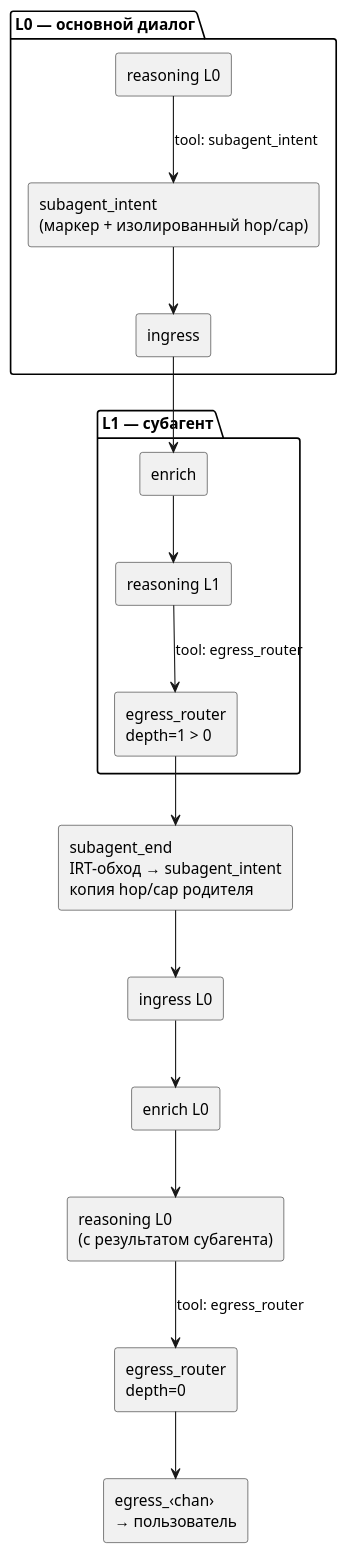
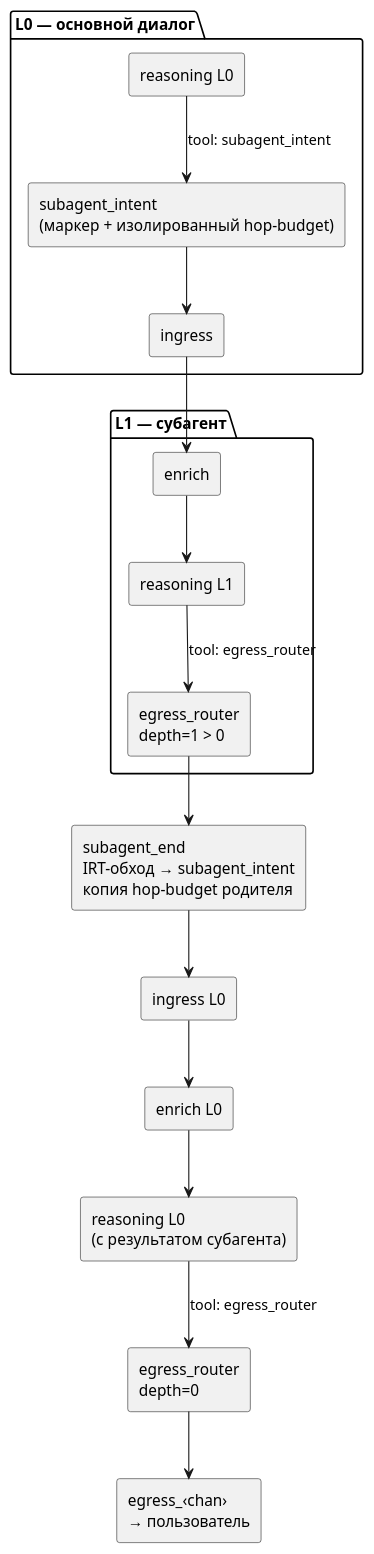
The sixth of 10 diagrams in docs/ARTICLE.md (0IA/threlium), drawn with PlantUML before and after one commit. The commit also changed other lines of this file and 9 other files, not shown here.

Commit message:
docs: FORMAL_REASON_GATE and update CLI/subagent architecture docs

````diff
--- a/docs/ARTICLE.md
+++ b/docs/ARTICLE.md
@@ -409,36 +409,36 @@
 ```plantuml
 @startuml
 top to bottom direction
 
 package "L0 — основной диалог" {
   rectangle "reasoning L0" as R0
-  rectangle "subagent_intent\n(маркер + изолированный hop/cap)" as SI
+  rectangle "subagent_intent\n(маркер + изолированный hop-budget)" as SI
   rectangle "ingress" as ING1
   R0 --> SI : "tool: subagent_intent"
   SI --> ING1
 }
 
 package "L1 — субагент" {
   rectangle "enrich" as ENR1
   rectangle "reasoning L1" as R1
   rectangle "egress_router\ndepth=1 > 0" as EGR1
   ING1 --> ENR1
   ENR1 --> R1
   R1 --> EGR1 : "tool: egress_router"
 }
 
-rectangle "subagent_end\nIRT-обход → subagent_intent\nкопия hop/cap родителя" as SE
+rectangle "subagent_end\nIRT-обход → subagent_intent\nкопия hop-budget родителя" as SE
 rectangle "ingress L0" as ING0
 rectangle "enrich L0" as ENR0
 rectangle "reasoning L0\n(с результатом субагента)" as R0_2
 rectangle "egress_router\ndepth=0" as EGR0
 rectangle "egress_‹chan›\n→ пользователь" as OUT
 
 EGR1 --> SE
 SE --> ING0
 ING0 --> ENR0
 ENR0 --> R0_2
 R0_2 --> EGR0 : "tool: egress_router"
 EGR0 --> OUT
 @enduml
 ```
````
